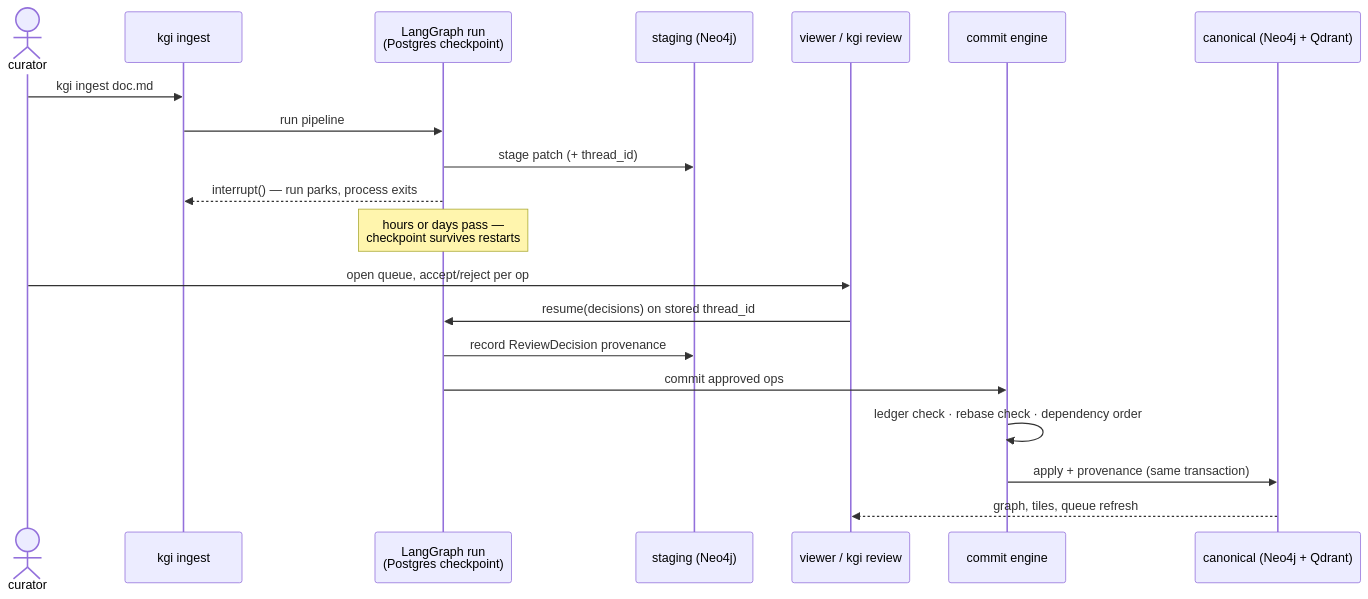
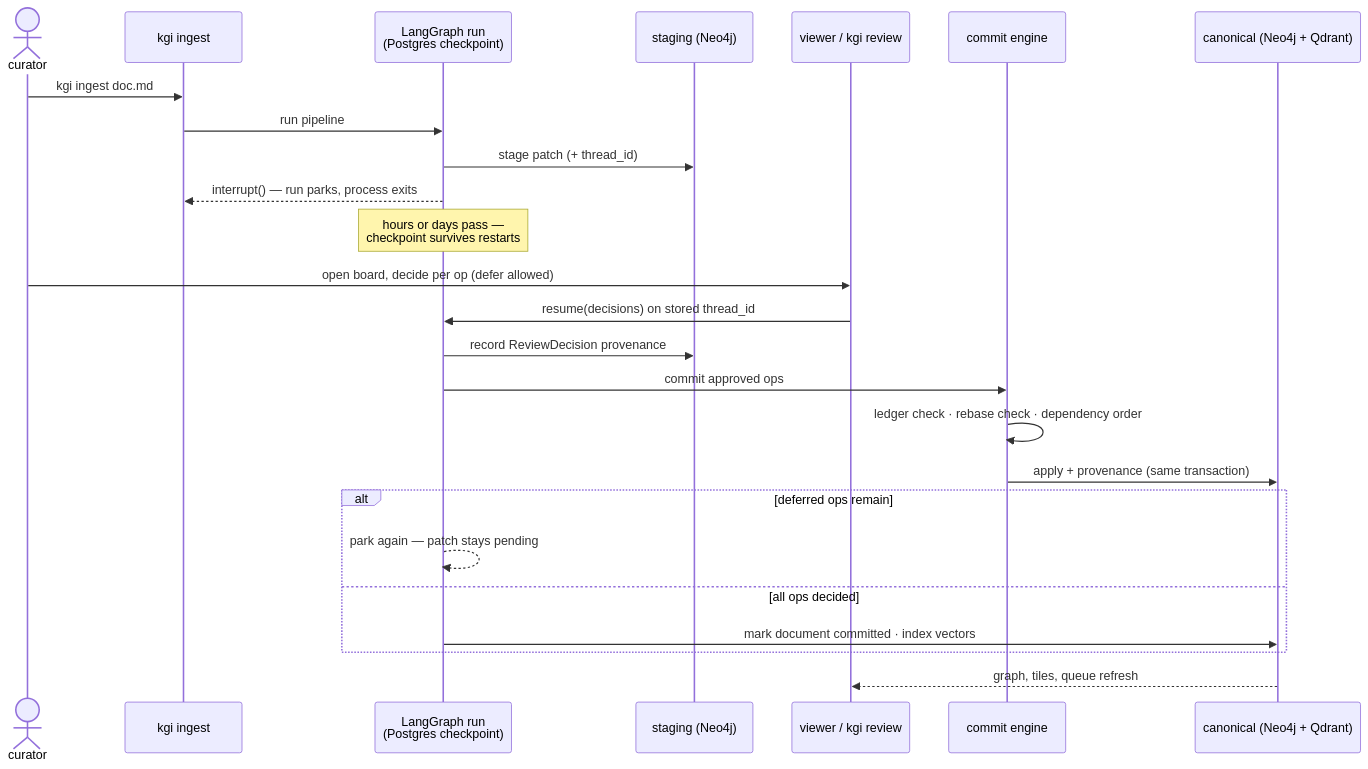
Before and after one commit to clsanc195/ks_ingestion_inference: the third of 7 diagrams in docs/lifecycle.md, drawn with Mermaid. The commit also changed other lines of this file and 5 other files, not shown here.

````diff
--- a/docs/lifecycle.md
+++ b/docs/lifecycle.md
@@ -100,23 +118,28 @@
 ```mermaid
 sequenceDiagram
     actor U as curator
     participant CLI as kgi ingest
     participant LG as LangGraph run<br/>(Postgres checkpoint)
     participant ST as staging (Neo4j)
     participant W as viewer / kgi review
     participant CE as commit engine
     participant C as canonical (Neo4j + Qdrant)
 
     U->>CLI: kgi ingest doc.md
     CLI->>LG: run pipeline
     LG->>ST: stage patch (+ thread_id)
     LG-->>CLI: interrupt() — run parks, process exits
     Note over LG: hours or days pass —<br/>checkpoint survives restarts
-    U->>W: open queue, accept/reject per op
+    U->>W: open board, decide per op (defer allowed)
     W->>LG: resume(decisions) on stored thread_id
     LG->>ST: record ReviewDecision provenance
     LG->>CE: commit approved ops
     CE->>CE: ledger check · rebase check · dependency order
     CE->>C: apply + provenance (same transaction)
+    alt deferred ops remain
+        LG-->>LG: park again — patch stays pending
+    else all ops decided
+        LG->>C: mark document committed · index vectors
+    end
     C-->>W: graph, tiles, queue refresh
 ```
````
